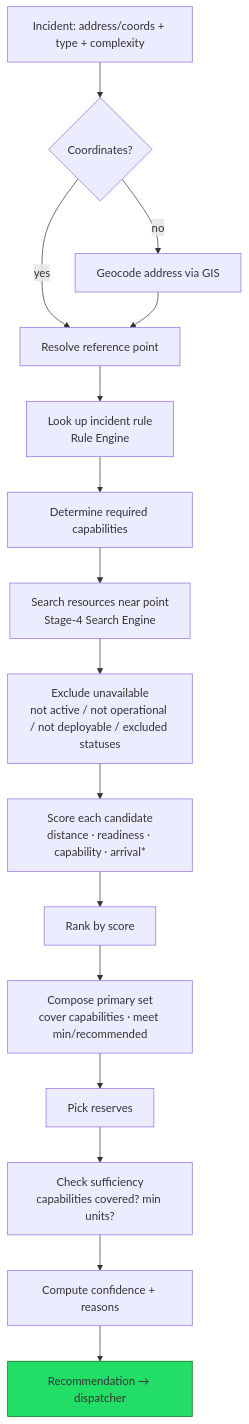
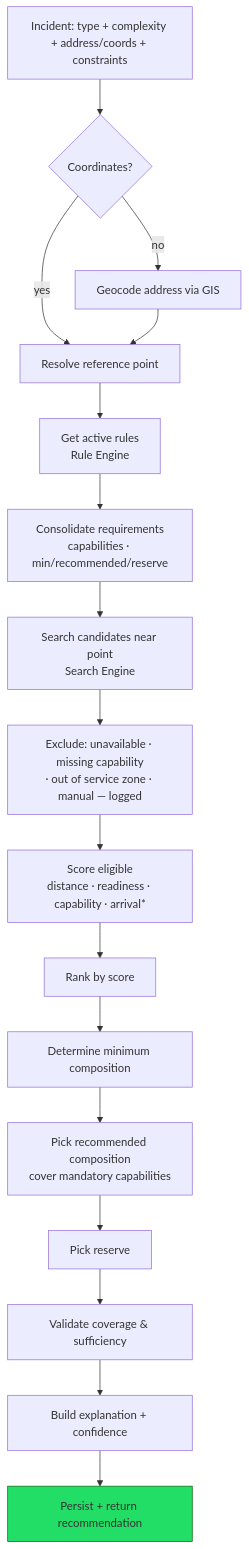
Before and after one commit to ArtemU1453/fire-dispatch-system: the first of 4 diagrams in docs/dispatch.md, drawn with Mermaid. The commit also changed other lines of this file and 55 other files, not shown here.

````diff
--- a/docs/dispatch.md
+++ b/docs/dispatch.md
@@ -35,20 +70,21 @@
 ```mermaid
 flowchart TD
-    A[Incident: address/coords + type + complexity] --> B{Coordinates?}
+    A[Incident: type + complexity + address/coords + constraints] --> B{Coordinates?}
     B -- no --> G[Geocode address via GIS]
     B -- yes --> C
     G --> C[Resolve reference point]
-    C --> D[Look up incident rule<br/>Rule Engine]
-    D --> E[Determine required capabilities]
-    E --> F[Search resources near point<br/>Stage-4 Search Engine]
-    F --> H[Exclude unavailable<br/>not active / not operational / not deployable / excluded statuses]
-    H --> I[Score each candidate<br/>distance · readiness · capability · arrival*]
+    C --> D[Get active rules<br/>Rule Engine]
+    D --> E[Consolidate requirements<br/>capabilities · min/recommended/reserve]
+    E --> F[Search candidates near point<br/>Search Engine]
+    F --> H[Exclude: unavailable · missing capability<br/>· out of service zone · manual — logged]
+    H --> I[Score eligible<br/>distance · readiness · capability · arrival*]
     I --> J[Rank by score]
-    J --> K[Compose primary set<br/>cover capabilities · meet min/recommended]
-    K --> L[Pick reserves]
-    L --> M[Check sufficiency<br/>capabilities covered? min units?]
-    M --> N[Compute confidence + reasons]
-    N --> O[Recommendation → dispatcher]
+    J --> K[Determine minimum composition]
+    K --> L[Pick recommended composition<br/>cover mandatory capabilities]
+    L --> M[Pick reserve]
+    M --> N[Validate coverage & sufficiency]
+    N --> O[Build explanation + confidence]
+    O --> P[Persist + return recommendation]
 
-    style O fill:#2d6,stroke:#161
+    style P fill:#2d6,stroke:#161
 ```
````
